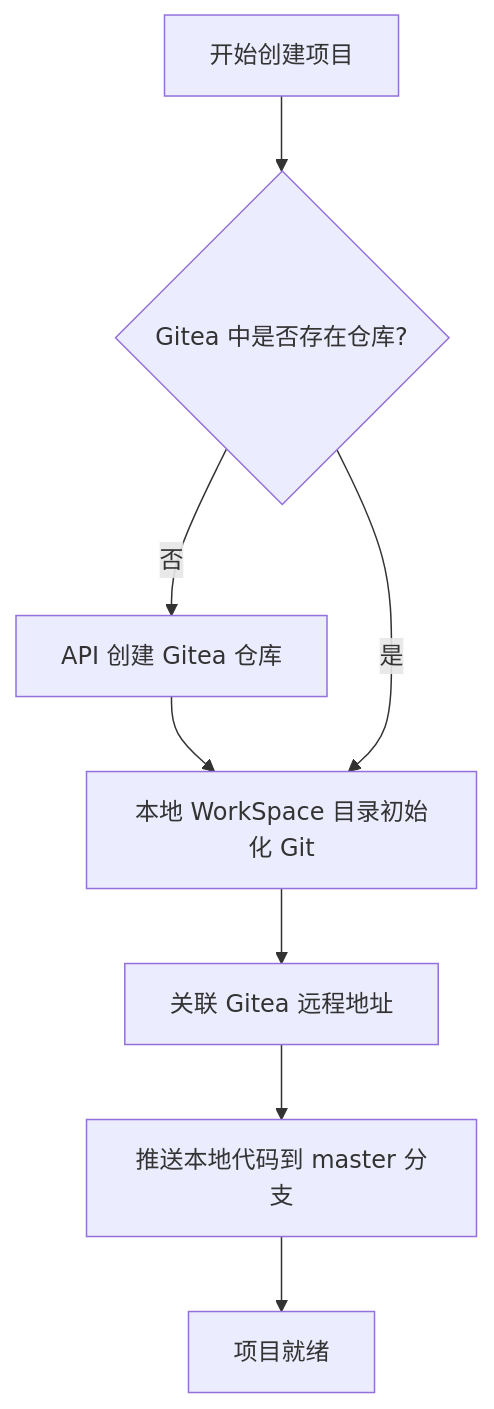
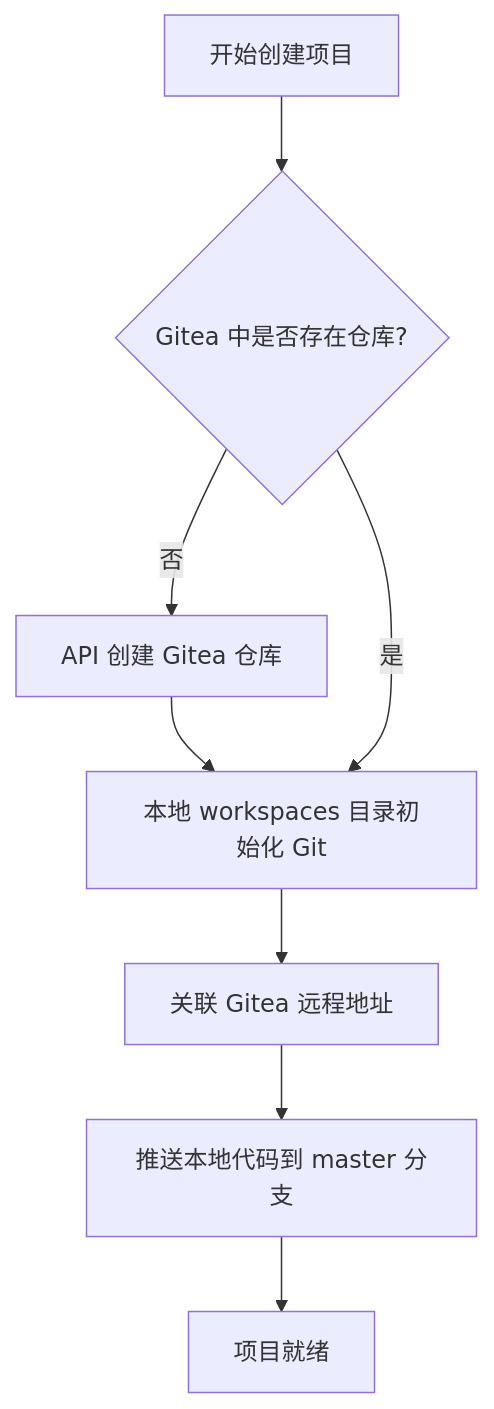
Before and after one commit to QQDDTT/NickManage: the first of 2 diagrams in docs/OPS_GITEA_DESIGN.md, drawn with Mermaid. The commit also changed 44 other files, not shown here.

````diff
--- a/docs/OPS_GITEA_DESIGN.md
+++ b/docs/OPS_GITEA_DESIGN.md
@@ -26,10 +26,10 @@
 ```mermaid
 graph TD
     A[开始创建项目] --> B{Gitea 中是否存在仓库?}
     B -- 否 --> C[API 创建 Gitea 仓库]
-    C --> D[本地 WorkSpace 目录初始化 Git]
+    C --> D[本地 workspaces 目录初始化 Git]
     B -- 是 --> D
     D --> E[关联 Gitea 远程地址]
     E --> F[推送本地代码到 master 分支]
     F --> G[项目就绪]
 ```
````
